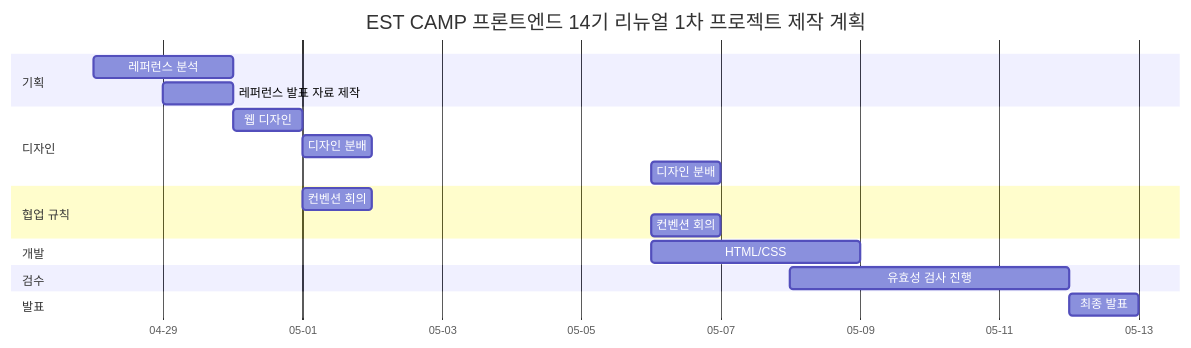
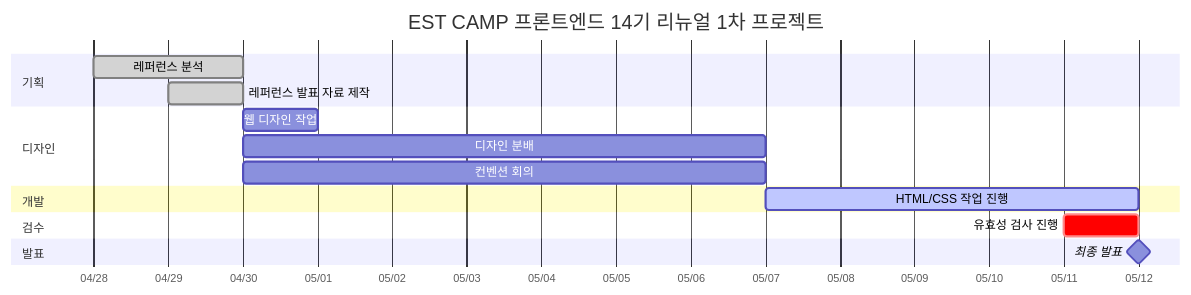
The diagram in README.md (JEJU-Ratus/est_fe13_1st_project), drawn with Mermaid before and after one commit. The commit also changed other lines of this file, not shown here.

````diff
--- a/README.md
+++ b/README.md
@@ -101,28 +84,24 @@
 ```mermaid
 gantt
-    title EST CAMP 프론트엔드 14기 리뉴얼 1차 프로젝트 제작 계획
-    dateFormat  YYYY-MM-DD
-    axisFormat  %m-%d
+    title EST CAMP 프론트엔드 14기 리뉴얼 1차 프로젝트
+    dateFormat YYYY-MM-DD
+    axisFormat %m/%d
 
     section 기획
-    레퍼런스 분석              :a1, 2025-04-28, 2d
-    레퍼런스 발표 자료 제작     :a2, 2025-04-29, 1d
+    레퍼런스 분석 :done, a1, 2025-04-28, 2d
+    레퍼런스 발표 자료 제작 :done, a2, 2025-04-29, 1d
 
     section 디자인
-    웹 디자인                  :b1, 2025-04-30, 1d
-    디자인 분배                :b2, 2025-05-01, 1d
-    디자인 분배                :b3, 2025-05-06, 1d
-
-    section 협업 규칙
-    컨벤션 회의                :c1, 2025-05-01, 1d
-    컨벤션 회의                :c2, 2025-05-06, 1d
+    웹 디자인 작업 :b1, 2025-04-30, 1d
+    디자인 분배 :b2, 2025-04-30, 7d
+    컨벤션 회의 :b3, 2025-04-30, 7d
 
     section 개발
-    HTML/CSS                  :d1, 2025-05-06, 3d
+    HTML/CSS 작업 진행 :active, c1, 2025-05-07, 5d
 
     section 검수
-    유효성 검사 진행           :e1, 2025-05-08, 4d
+    유효성 검사 진행 :crit, d1, 2025-05-11, 1d
 
     section 발표
-    최종 발표                  :f1, 2025-05-12, 1d
+    최종 발표 :milestone, e1, 2025-05-12, 0d
 ```
````
